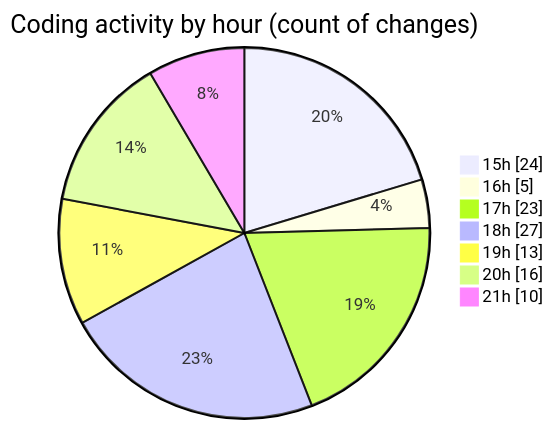
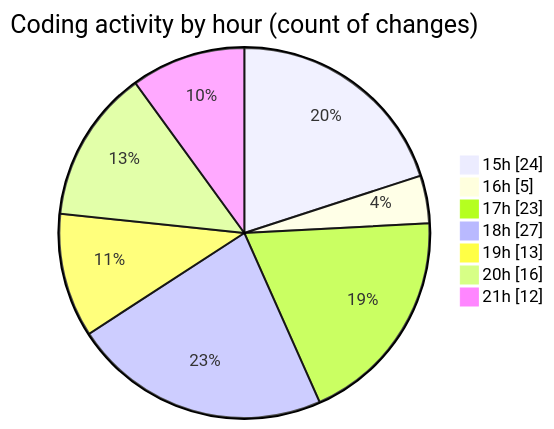
One commit to EIIisD/code-tracking changed the second of 2 diagrams in 2025-08-02/tw-server/README.md. Above: the diagram before and after it, drawn with Mermaid. The commit also changed other lines of this file and 1 other file, not shown here.

````diff
--- a/2025-08-02/tw-server/README.md
+++ b/2025-08-02/tw-server/README.md
@@ -36,11 +36,11 @@
 ```mermaid
 pie showData
 title Coding activity by hour (count of changes)
 "15h" : 24
 "16h" : 5
 "17h" : 23
 "18h" : 27
 "19h" : 13
 "20h" : 16
-"21h" : 10
+"21h" : 12
 ```
````
